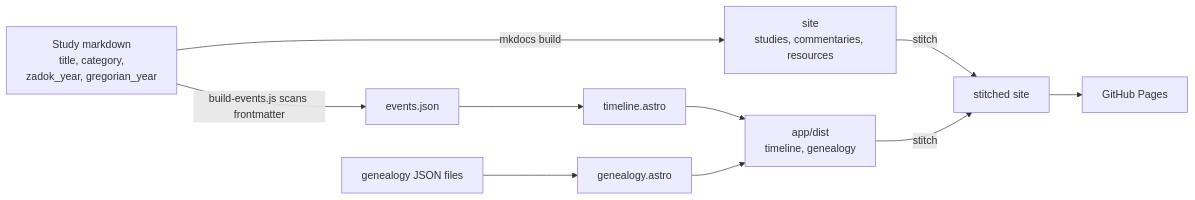
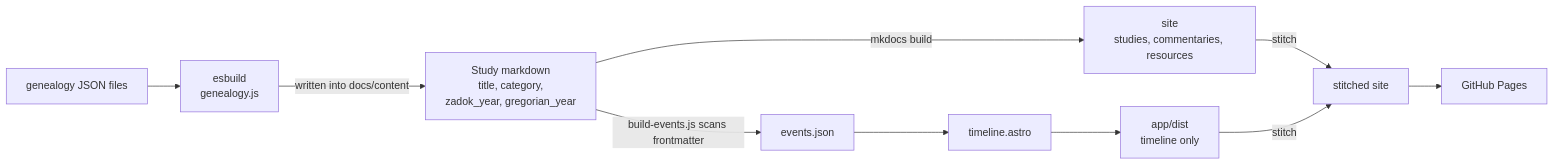
One commit to ding0t/bible_studies changed the first of 2 diagrams in docs/content/resources/site-architecture.md. Above: the diagram before and after it, drawn with Mermaid. The commit also changed other lines of this file and 13 other files, not shown here.

First line of the commit message:
feat(genealogy): serve the viewer as a mkdocs page, not an Astro one

````diff
--- a/docs/content/resources/site-architecture.md
+++ b/docs/content/resources/site-architecture.md
@@ -22,17 +22,17 @@
 ```mermaid
 flowchart LR
     content["Study markdown<br/>title, category,<br/>zadok_year, gregorian_year"]
 
     content -->|mkdocs build| site["site<br/>studies, commentaries, resources"]
     content -->|build-events.js scans frontmatter| events["events.json"]
 
-    genjson["genealogy JSON files"] --> genastro["genealogy.astro"]
+    genjson["genealogy JSON files"] --> genbundle["esbuild<br/>genealogy.js"]
+    genbundle -->|written into docs/content| content
     events --> timeline["timeline.astro"]
 
-    timeline --> dist["app/dist<br/>timeline, genealogy"]
-    genastro --> dist
+    timeline --> dist["app/dist<br/>timeline only"]
 
     site -->|stitch| stitched["stitched site"]
     dist -->|stitch| stitched
     stitched --> pages["GitHub Pages"]
 ```
````
